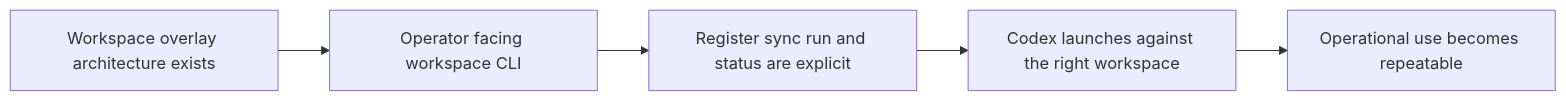
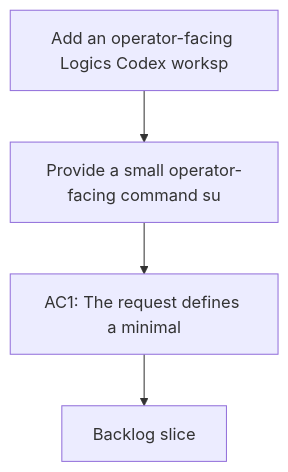
The diagram in logics/request/req_069_add_an_operator_facing_logics_codex_workspace_manager_cli.md (AlexAgo83/logics-manager), drawn with Mermaid before and after one commit. The commit also changed other lines of this file and 481 other files, not shown here.

````diff
--- a/logics/request/req_069_add_an_operator_facing_logics_codex_workspace_manager_cli.md
+++ b/logics/request/req_069_add_an_operator_facing_logics_codex_workspace_manager_cli.md
@@ -40,9 +40,8 @@
 ```mermaid
 %% logics-kind: request
 %% logics-signature: request|add-an-operator-facing-logics-codex-work|provide-a-small-operator-facing-command-|ac1-the-request-defines-a-minimal
-flowchart LR
-    Overlay[Workspace overlay architecture exists] --> CLI[Operator facing workspace CLI]
-    CLI --> Sync[Register sync run and status are explicit]
-    Sync --> Usage[Codex launches against the right workspace]
-    Usage --> Outcome[Operational use becomes repeatable]
+flowchart TD
+    Trigger[Add an operator-facing Logics Codex worksp] --> Need[Provide a small operator-facing command su]
+    Need --> Outcome[AC1: The request defines a minimal]
+    Outcome --> Backlog[Backlog slice]
 ```
````
